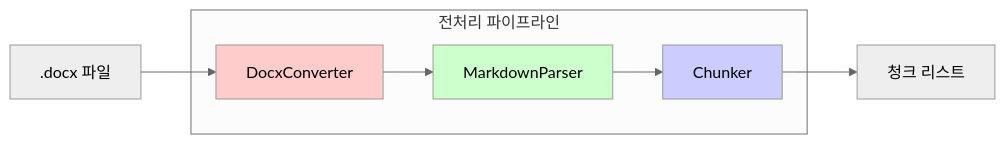
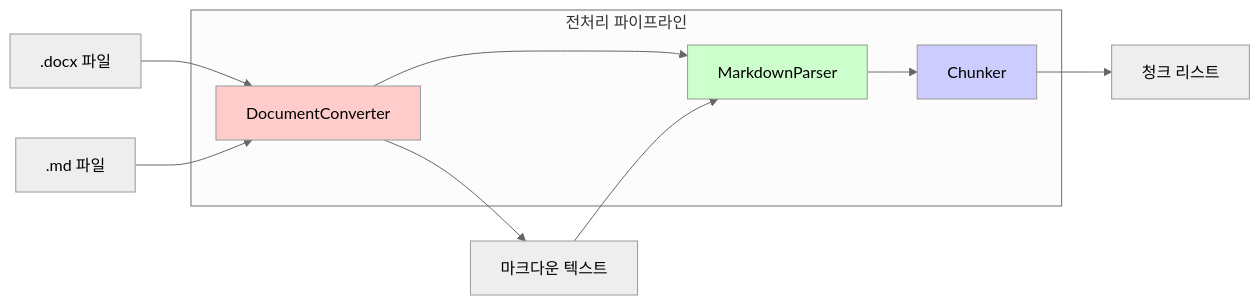
The first of 11 diagrams in docs/02_모듈별_상세_설계.md (laurus-kpa007/Light-Graph-RAG), drawn with Mermaid (neutral theme) before and after one commit. The commit also changed other lines of this file and 4 other files, not shown here.

````diff
--- a/docs/02_모듈별_상세_설계.md
+++ b/docs/02_모듈별_상세_설계.md
@@ -16,18 +16,21 @@
 ```mermaid
 graph LR
-    A[DocxConverter] --> B[MarkdownParser]
+    A[DocumentConverter] --> B[MarkdownParser]
     B --> C[Chunker]
 
     subgraph "전처리 파이프라인"
         A
         B
         C
     end
 
-    D[.docx 파일] --> A
-    C --> E[청크 리스트]
+    D1[.docx 파일] --> A
+    D2[.md 파일] --> A
+    A --> E[마크다운 텍스트]
+    E --> B
+    C --> F[청크 리스트]
 
     style A fill:#ffcccc
     style B fill:#ccffcc
     style C fill:#ccccff
 ```
````
